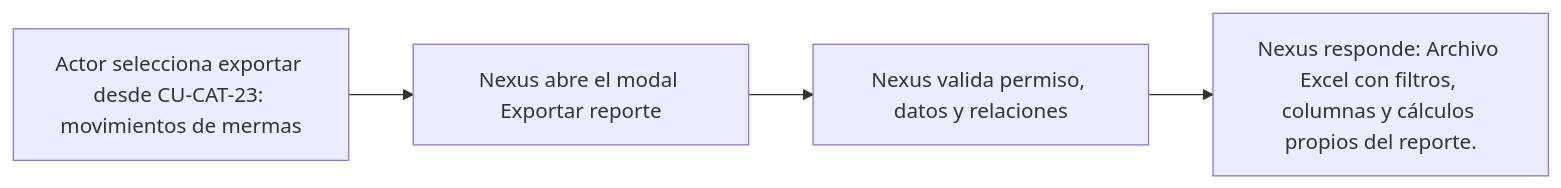
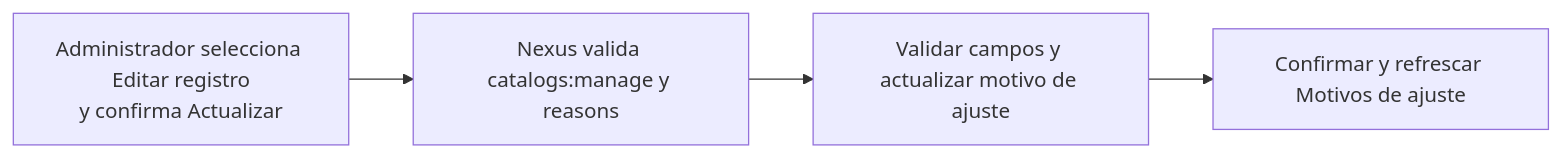
Before and after one commit to gpgsistemas01/nexus: the diagram in docs/requirements/diagrams/catalogs/cu-cat-24.md, drawn with Mermaid. The commit also changed other lines of this file and 287 other files, not shown here.

````diff
--- a/docs/requirements/diagrams/catalogs/cu-cat-24.md
+++ b/docs/requirements/diagrams/catalogs/cu-cat-24.md
@@ -3,6 +3,6 @@
 ```mermaid
 flowchart LR
-    request["Actor selecciona exportar desde CU-CAT-23: movimientos de mermas"] --> modal["Nexus abre el modal Exportar reporte"]
-    modal --> validate["Nexus valida permiso, datos y relaciones"]
-    validate --> result["Nexus responde: Archivo Excel con filtros, columnas y cálculos propios del reporte."]
+    request["Administrador selecciona Editar registro<br/>y confirma Actualizar"] --> authorize["Nexus valida catalogs:manage y reasons"]
+    authorize --> persist["Validar campos y actualizar motivo de ajuste"]
+    persist --> result["Confirmar y refrescar Motivos de ajuste"]
 ```
````
